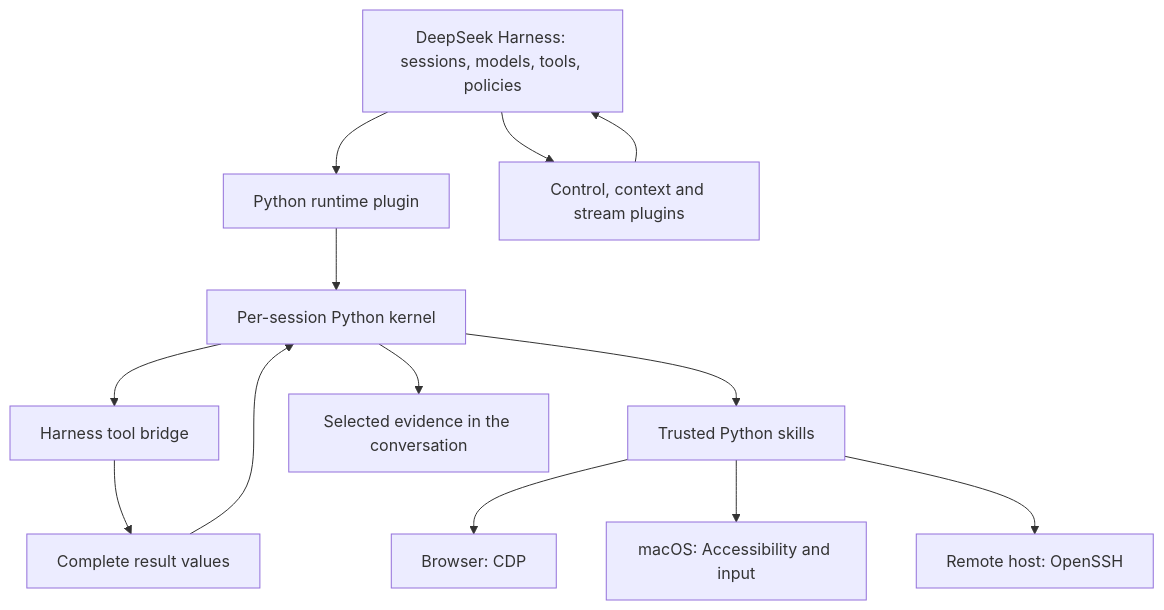
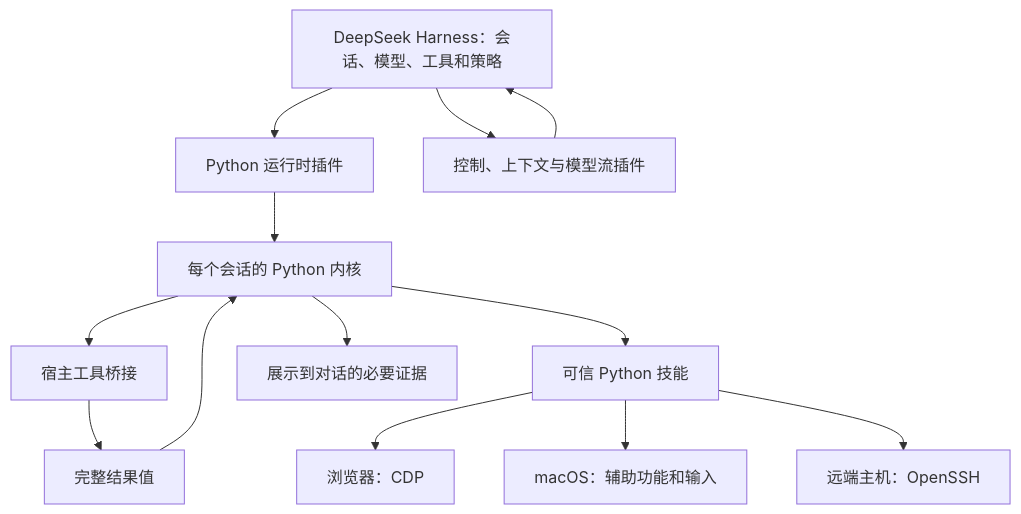
One commit to gwsbhqt/oh-my-harness changed the diagram in README.md. Above: the diagram before and after it, drawn with Mermaid. The commit also changed other lines of this file and 84 other files, not shown here.

````diff
--- a/README.md
+++ b/README.md
@@ -191,15 +196,15 @@
 ```mermaid
 flowchart TD
-    H["DeepSeek Harness: sessions, models, tools, policies"] --> P["Python runtime plugin"]
-    H --> C["Control, context and stream plugins"]
-    P --> K["Per-session Python kernel"]
-    K --> T["Harness tool bridge"]
-    K --> S["Trusted Python skills"]
-    S --> B["Browser: CDP"]
-    S --> D["macOS: Accessibility and input"]
-    S --> R["Remote host: OpenSSH"]
-    T --> V["Complete result values"]
+    H["DeepSeek Harness：会话、模型、工具和策略"] --> P["Python 运行时插件"]
+    H --> C["控制、上下文与模型流插件"]
+    P --> K["每个会话的 Python 内核"]
+    K --> T["宿主工具桥接"]
+    K --> S["可信 Python 技能"]
+    S --> B["浏览器：CDP"]
+    S --> D["macOS：辅助功能和输入"]
+    S --> R["远端主机：OpenSSH"]
+    T --> V["完整结果值"]
     V --> K
-    K --> E["Selected evidence in the conversation"]
+    K --> E["展示到对话的必要证据"]
     C --> H
 ```
````
